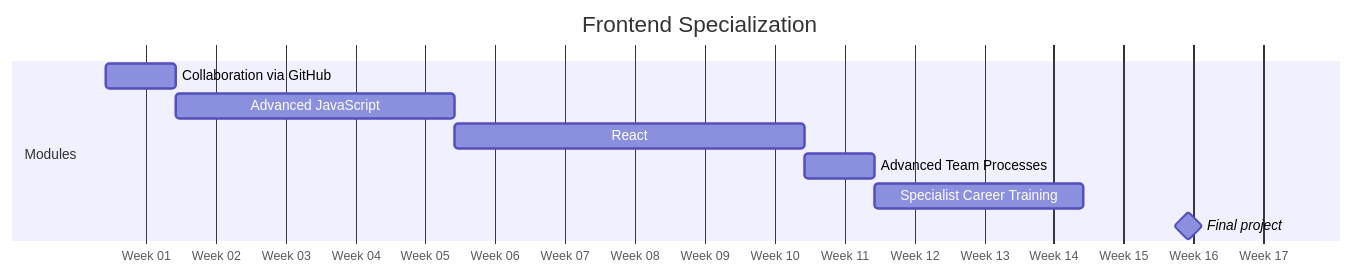
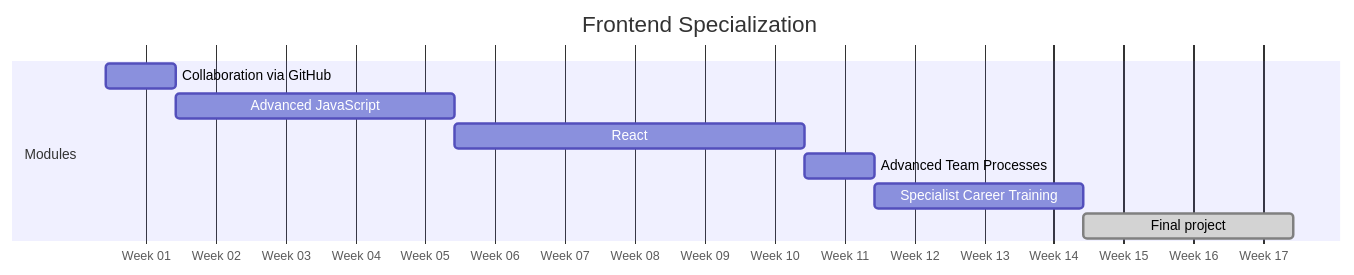
Before and after one commit to HackYourFuture-CPH/program: the diagram in courses/Frontend/README.md, drawn with Mermaid.

````diff
--- a/courses/Frontend/README.md
+++ b/courses/Frontend/README.md
@@ -8,14 +8,14 @@
 ```mermaid
 gantt
     title Frontend Specialization
     dateFormat  YYYY-MM-DD
     axisFormat  Week %U
 
     section Modules
     Collaboration via GitHub    :a1, 2025-01-01, 1w
     Advanced JavaScript         :a2, after a1, 4w
     React                       :a3, after a2, 5w
     Advanced Team Processes     :a4, after a3, 1w
     Specialist Career Training  :a5, after a4, 3w
-    Final project               :milestone, a6, after a5, 3w
+    Final project               :done, a6, after a5, 3w
 ```
````
